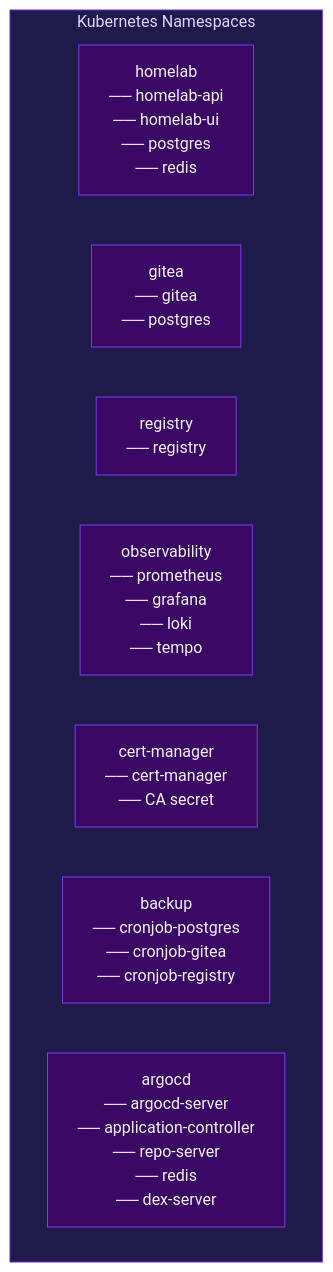
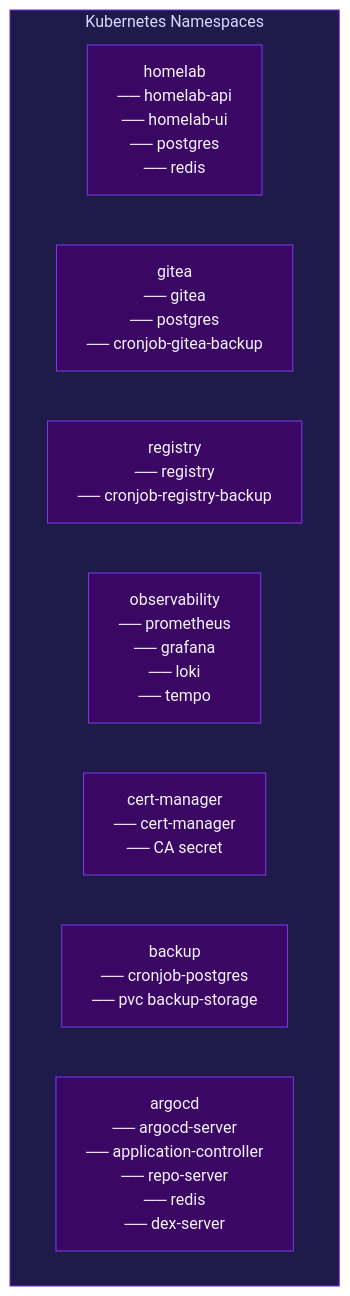
One commit to hunterst23/CLUSTER-ARCHITECTURE changed diagram 26 of 26 in ARCHITECTURE.md. Above: the diagram before and after it, drawn with Mermaid. The commit also changed other lines of this file and 1 other file, not shown here.

First line of the commit message:
docs: Fáze 17 – Longhorn storage migrace

````diff
--- a/ARCHITECTURE.md
+++ b/ARCHITECTURE.md
@@ -963,14 +967,14 @@
 ```mermaid
 %%{init: {'theme': 'base', 'themeVariables': {'primaryColor': '#3b0764', 'primaryTextColor': '#f5f3ff', 'primaryBorderColor': '#7c3aed', 'lineColor': '#a78bfa', 'secondaryColor': '#1f2937', 'tertiaryColor': '#111827', 'clusterBkg': '#1e1b4b', 'clusterBorder': '#6d28d9', 'nodeBorder': '#7c3aed', 'titleColor': '#ddd6fe', 'edgeLabelBackground': '#1e1b4b', 'actorBkg': '#3b0764', 'actorBorder': '#7c3aed', 'actorTextColor': '#f5f3ff', 'actorLineColor': '#6d28d9', 'signalColor': '#a78bfa', 'signalTextColor': '#f5f3ff', 'noteBkgColor': '#2e1065', 'noteTextColor': '#ddd6fe', 'labelBoxBkgColor': '#3b0764', 'labelBoxBorderColor': '#7c3aed', 'labelTextColor': '#f5f3ff', 'loopTextColor': '#ddd6fe', 'activationBorderColor': '#7c3aed', 'activationBkgColor': '#2e1065', 'sequenceNumberColor': '#f5f3ff'}}}%%
 graph TB
     subgraph Namespaces["Kubernetes Namespaces"]
         direction LR
         HM["homelab\n── homelab-api\n── homelab-ui\n── postgres\n── redis"]
-        GT["gitea\n── gitea\n── postgres"]
-        RG["registry\n── registry"]
+        GT["gitea\n── gitea\n── postgres\n── cronjob-gitea-backup"]
+        RG["registry\n── registry\n── cronjob-registry-backup"]
         OB["observability\n── prometheus\n── grafana\n── loki\n── tempo"]
         CM["cert-manager\n── cert-manager\n── CA secret"]
-        BK["backup\n── cronjob-postgres\n── cronjob-gitea\n── cronjob-registry"]
+        BK["backup\n── cronjob-postgres\n── pvc backup-storage"]
         AR["argocd\n── argocd-server\n── application-controller\n── repo-server\n── redis\n── dex-server"]
     end
 ```
````
